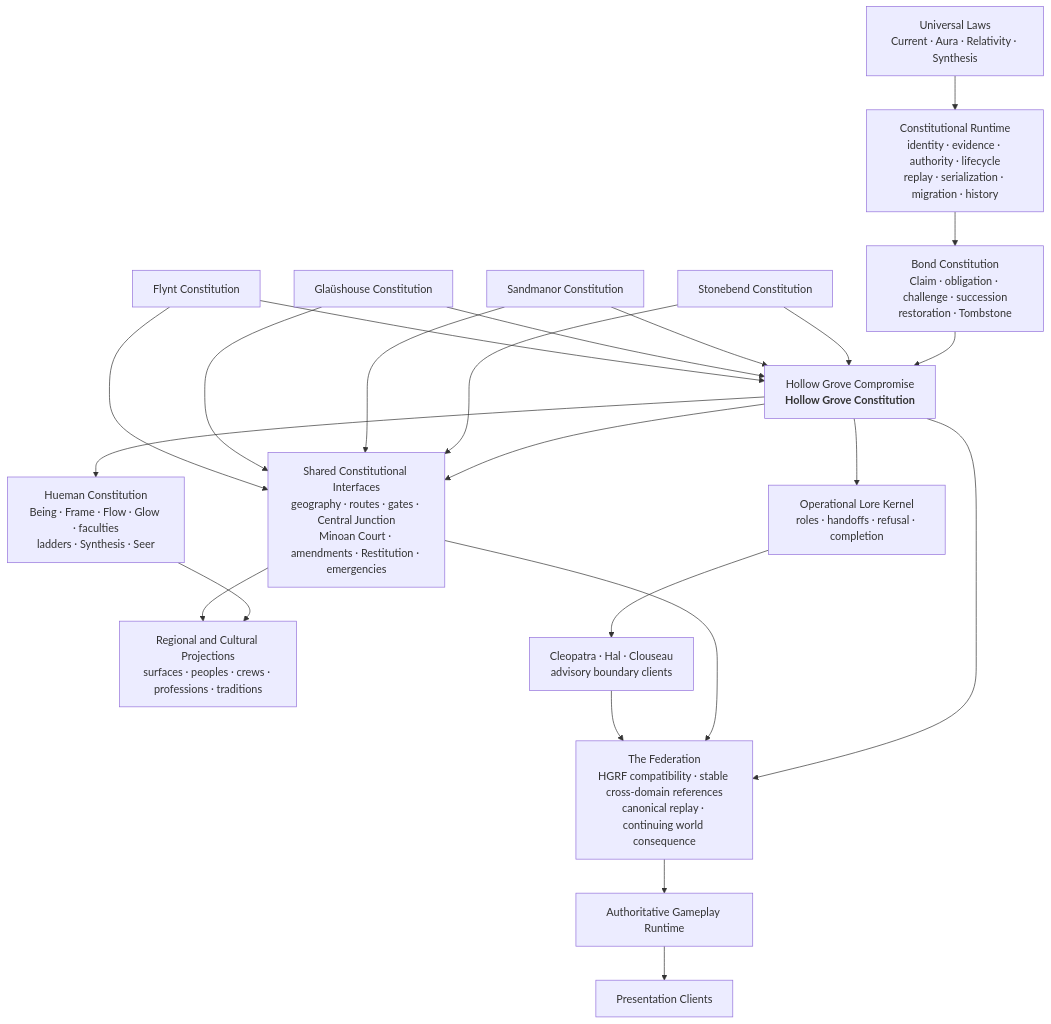
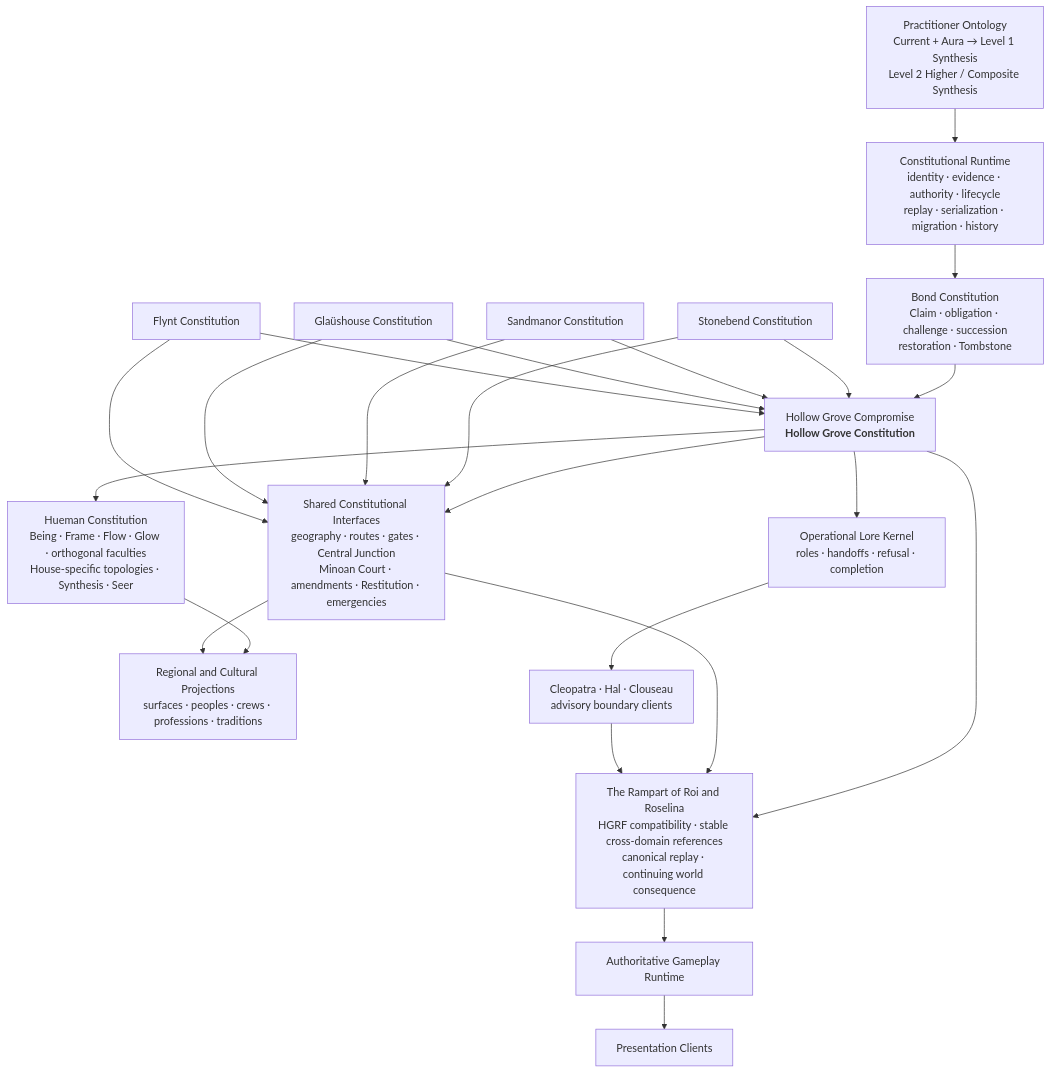
One commit to RoiLenox/hollow_grove changed the first of 3 diagrams in HOLLOW_GROVE_CONSTITUTIONAL_ARCHITECTURE_V1.md. Above: the diagram before and after it, drawn with Mermaid. The commit also changed other lines of this file and 448 other files, not shown here.

````diff
--- a/HOLLOW_GROVE_CONSTITUTIONAL_ARCHITECTURE_V1.md
+++ b/HOLLOW_GROVE_CONSTITUTIONAL_ARCHITECTURE_V1.md
@@ -28,41 +28,41 @@
 ```mermaid
 flowchart TB
-    UL["Universal Laws<br/>Current · Aura · Relativity · Synthesis"]
+    UL["Practitioner Ontology<br/>Current + Aura → Level 1 Synthesis<br/>Level 2 Higher / Composite Synthesis"]
     RT["Constitutional Runtime<br/>identity · evidence · authority · lifecycle<br/>replay · serialization · migration · history"]
     BC["Bond Constitution<br/>Claim · obligation · challenge · succession<br/>restoration · Tombstone"]
     HG["Hollow Grove Compromise<br/><b>Hollow Grove Constitution</b>"]
-    RF["The Federation<br/>HGRF compatibility · stable cross-domain references<br/>canonical replay · continuing world consequence"]
+    RF["The Rampart of Roi and Roselina<br/>HGRF compatibility · stable cross-domain references<br/>canonical replay · continuing world consequence"]
     GP["Authoritative Gameplay Runtime"]
     PX["Presentation Clients"]
 
     SB["Stonebend Constitution"]
     SA["Sandmanor Constitution"]
     GL["Glaüshouse Constitution"]
     FL["Flynt Constitution"]
-    HU["Hueman Constitution<br/>Being · Frame · Flow · Glow · faculties<br/>ladders · Synthesis · Seer"]
+    HU["Hueman Constitution<br/>Being · Frame · Flow · Glow · orthogonal faculties<br/>House-specific topologies · Synthesis · Seer"]
     IF["Shared Constitutional Interfaces<br/>geography · routes · gates · Central Junction<br/>Minoan Court · amendments · Restitution · emergencies"]
     RP["Regional and Cultural Projections<br/>surfaces · peoples · crews · professions · traditions"]
 
     UL --> RT
     RT --> BC
     BC --> HG
     SB --> HG
     SA --> HG
     GL --> HG
     FL --> HG
     HG --> HU
     HG --> IF
     HG --> RF
     IF --> RF
     HG --> OL["Operational Lore Kernel\nroles · handoffs · refusal · completion"]
     OL --> AI["Cleopatra · Hal · Clouseau\nadvisory boundary clients"]
     AI --> RF
     RF --> GP
     GP --> PX
     SB --> IF
     SA --> IF
     GL --> IF
     FL --> IF
     HU --> RP
     IF --> RP
 ```
````
